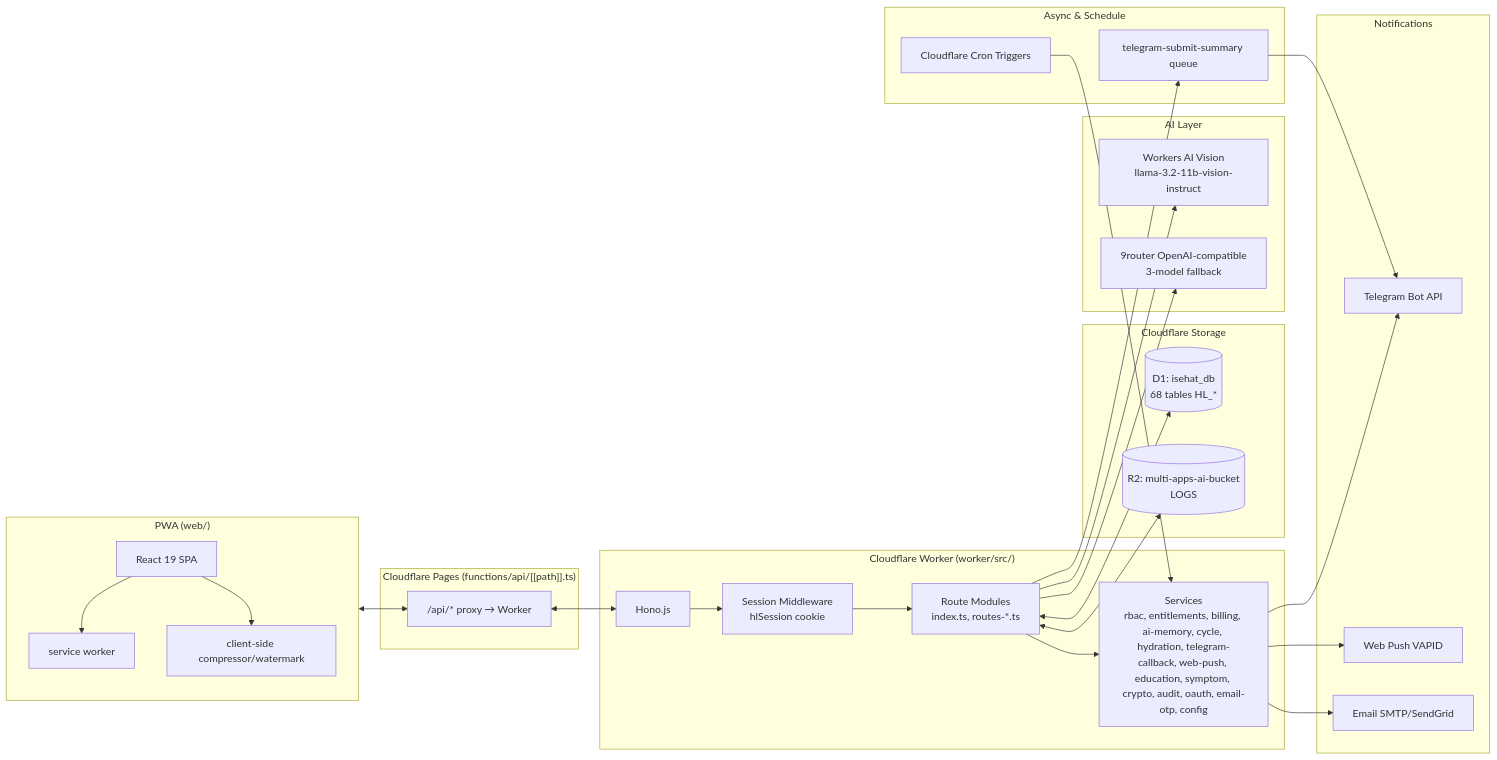
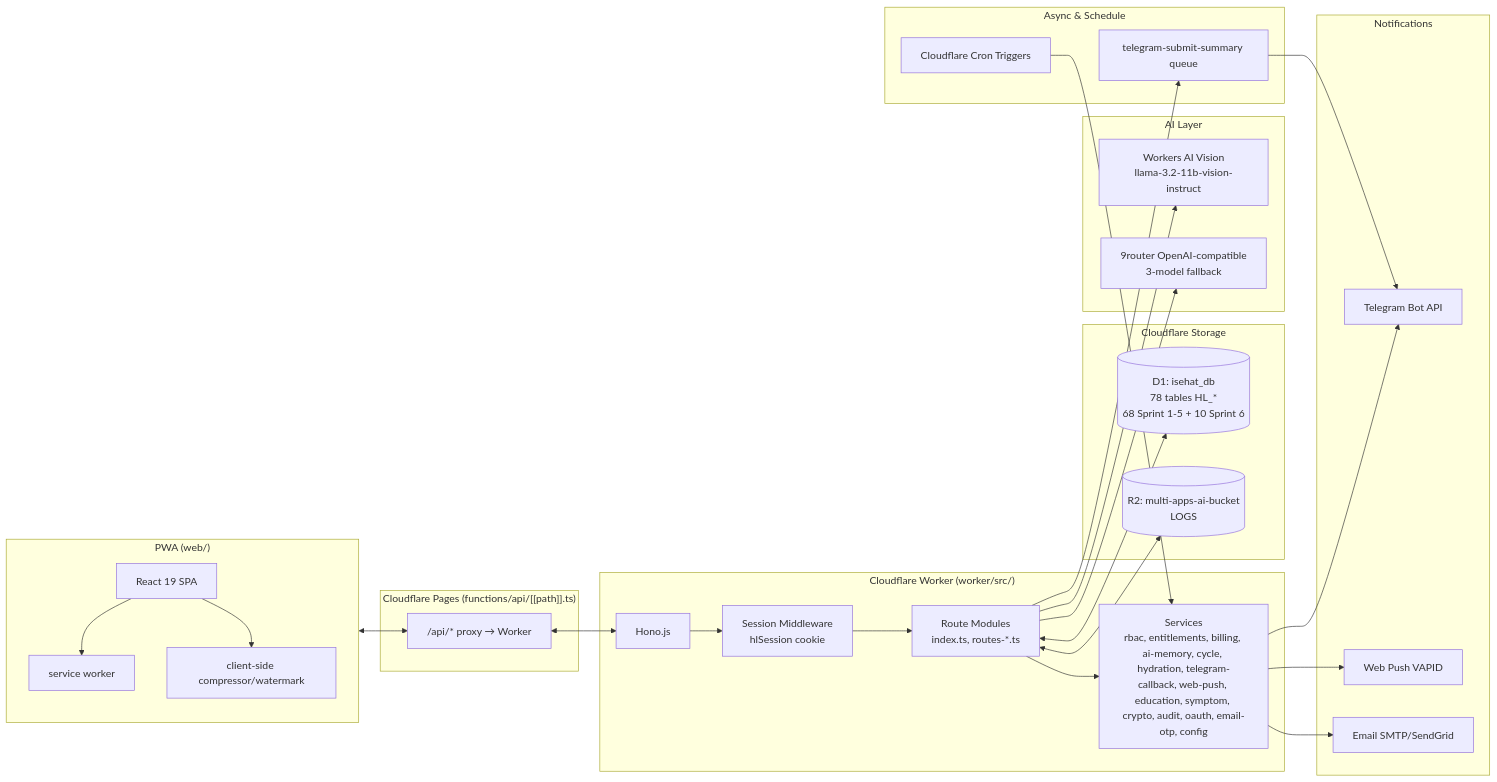
The first of 4 diagrams in docs/04-ARCHITECTURE.md (jhonnicollas/health), drawn with Mermaid before and after one commit. The commit also changed other lines of this file and 44 other files, not shown here.

````diff
--- a/docs/04-ARCHITECTURE.md
+++ b/docs/04-ARCHITECTURE.md
@@ -148,56 +143,56 @@
 ```mermaid
 flowchart LR
   subgraph Client["PWA (web/)"]
     UI[React 19 SPA]
     SW[service worker]
     OCR[client-side compressor/watermark]
     UI --> SW
     UI --> OCR
   end
 
   subgraph Pages["Cloudflare Pages (functions/api/[[path]].ts)"]
     Proxy["/api/* proxy → Worker"]
   end
 
   subgraph Worker["Cloudflare Worker (worker/src/)"]
     Hono[Hono.js]
     AuthMW[Session Middleware<br/>hlSession cookie]
     Routes[Route Modules<br/>index.ts, routes-*.ts]
     Svc[Services<br/>rbac, entitlements, billing, ai-memory, cycle, hydration, telegram-callback, web-push, education, symptom, crypto, audit, oauth, email-otp, config]
     Hono --> AuthMW --> Routes --> Svc
   end
 
   subgraph Data["Cloudflare Storage"]
-    D1[(D1: isehat_db<br/>68 tables HL_*)]
+    D1[(D1: isehat_db<br/>78 tables HL_*<br/>68 Sprint 1-5 + 10 Sprint 6)]
     R2[(R2: multi-apps-ai-bucket<br/>LOGS)]
   end
 
   subgraph AI["AI Layer"]
     WAI[Workers AI Vision<br/>llama-3.2-11b-vision-instruct]
     TextAI[9router OpenAI-compatible<br/>3-model fallback]
   end
 
   subgraph Outbound["Notifications"]
     TG[Telegram Bot API]
     Push[Web Push VAPID]
     Email[Email SMTP/SendGrid]
   end
 
   subgraph Async["Async & Schedule"]
     Queue[telegram-submit-summary queue]
     Cron[Cloudflare Cron Triggers]
   end
 
   Client <--> Proxy
   Proxy <--> Hono
   Routes <--> D1
   Routes <--> R2
   Routes --> WAI
   Routes --> TextAI
   Routes --> Queue
   Queue --> TG
   Svc --> TG
   Svc --> Push
   Svc --> Email
   Cron --> Svc
 ```
````
